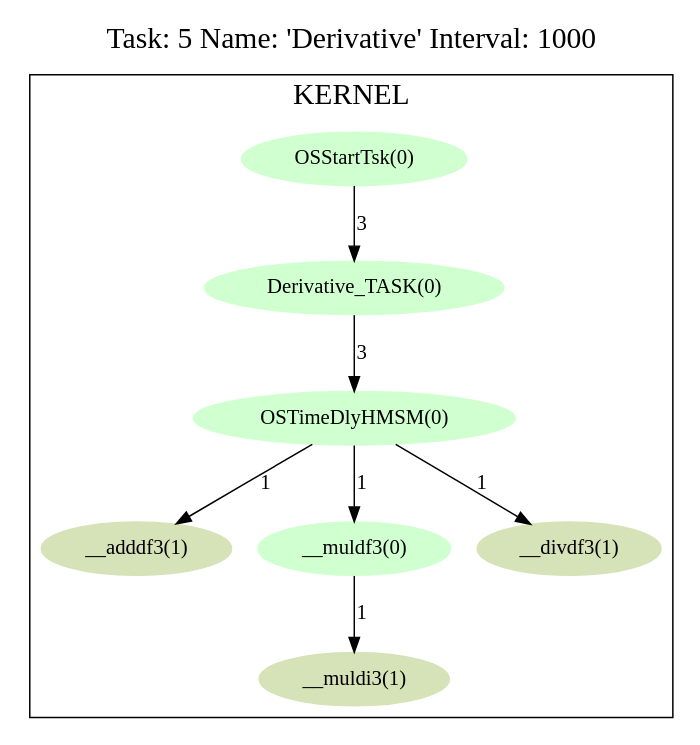
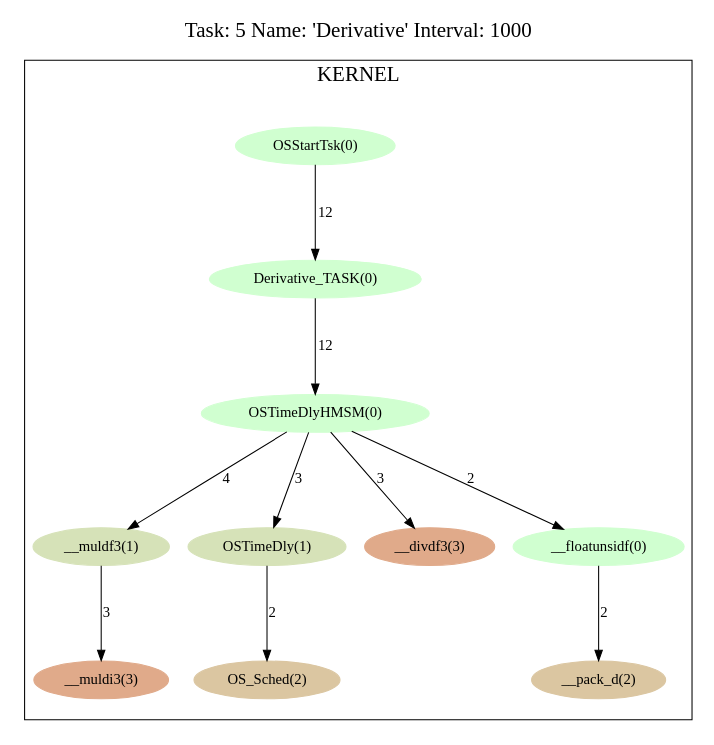
The diagram in ovp_platform/platform_2_tlb/5.Derivative.cpum.dot (jcaplan/fingerprinting), drawn with Graphviz before and after one commit. The commit also changed 43 other files, not shown here.

```diff
--- a/ovp_platform/platform_2_tlb/5.Derivative.cpum.dot
+++ b/ovp_platform/platform_2_tlb/5.Derivative.cpum.dot
@@ -1,31 +1,40 @@
 digraph prof {
   size="6,6";
   ratio = fill;
   fontsize = "20";
   node [style=filled];
   labelloc = "t";
   label = "Task: 5 Name: 'Derivative' Interval: 1000";
   subgraph cluster_kernel {
     label = "KERNEL";
     "F1" [label = "Derivative_TASK(0)"];
-    "F1" -> "F2" [label = 3];
-    "F3" [label = "__adddf3(1)"];
-    "F4" [label = "__muldf3(0)"];
-    "F4" -> "F5" [label = 1];
-    "F5" [label = "__muldi3(1)"];
+    "F1" -> "F2" [label = 12];
+    "F3" [label = "__muldf3(1)"];
+    "F3" -> "F4" [label = 3];
+    "F4" [label = "__muldi3(3)"];
+    "F8" [label = "__pack_d(2)"];
+    "F9" [label = "OS_Sched(2)"];
+    "F6" [label = "OSTimeDly(1)"];
+    "F6" -> "F9" [label = 2];
     "F2" [label = "OSTimeDlyHMSM(0)"];
-    "F2" -> "F3" [label = 1];
-    "F2" -> "F4" [label = 1];
-    "F2" -> "F6" [label = 1];
+    "F2" -> "F3" [label = 4];
+    "F2" -> "F5" [label = 3];
+    "F2" -> "F6" [label = 3];
+    "F2" -> "F7" [label = 2];
     "F0" [label = "OSStartTsk(0)"];
-    "F0" -> "F1" [label = 3];
-    "F6" [label = "__divdf3(1)"];
+    "F0" -> "F1" [label = 12];
+    "F5" [label = "__divdf3(3)"];
+    "F7" [label = "__floatunsidf(0)"];
+    "F7" -> "F8" [label = 2];
     "F1" [color="#d0ffd0"];
     "F3" [color="#d6e2b8"];
-    "F4" [color="#d0ffd0"];
-    "F5" [color="#d6e2b8"];
+    "F4" [color="#e0aa8a"];
+    "F8" [color="#dbc6a1"];
+    "F9" [color="#dbc6a1"];
+    "F6" [color="#d6e2b8"];
     "F2" [color="#d0ffd0"];
     "F0" [color="#d0ffd0"];
-    "F6" [color="#d6e2b8"];
+    "F5" [color="#e0aa8a"];
+    "F7" [color="#d0ffd0"];
   }
 }
```
